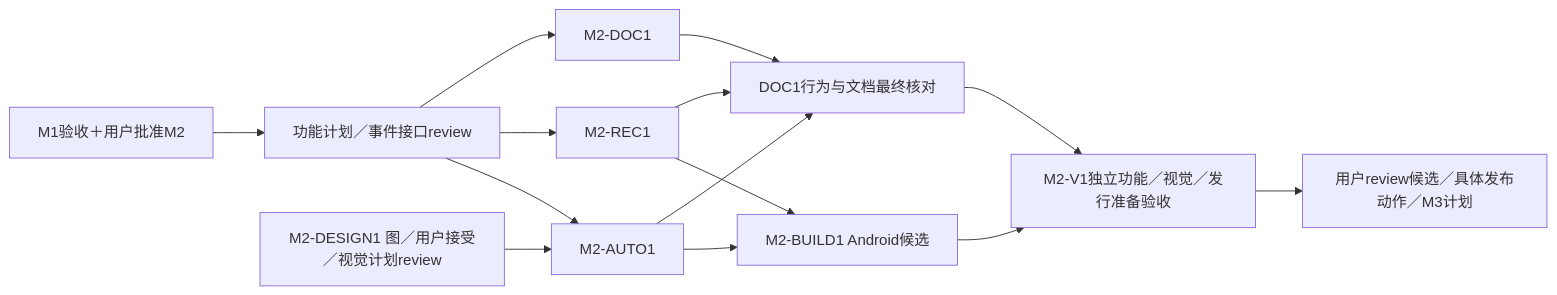
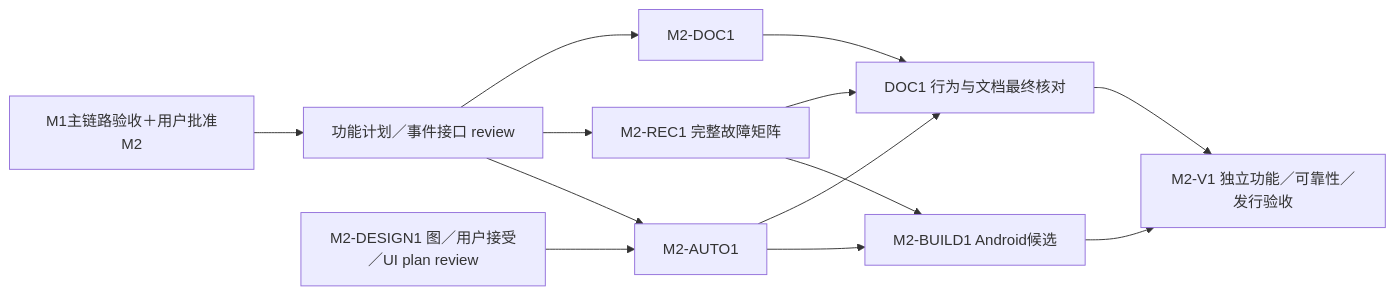
The diagram in docs/plans/m2.md (GhostFlying/ferry), drawn with Mermaid before and after one commit. The commit also changed other lines of this file and 6 other files, not shown here.

````diff
--- a/docs/plans/m2.md
+++ b/docs/plans/m2.md
@@ -22,16 +22,15 @@
 ```mermaid
 flowchart LR
-    U[M1验收＋用户批准M2] --> P[功能计划／事件接口review]
+    U[M1主链路验收＋用户批准M2] --> P[功能计划／事件接口 review]
     P --> A[M2-AUTO1]
-    P --> R[M2-REC1]
-    DS[M2-DESIGN1 图／用户接受／视觉计划review] --> A
+    P --> R[M2-REC1 完整故障矩阵]
+    DS[M2-DESIGN1 图／用户接受／UI plan review] --> A
     P --> D[M2-DOC1]
     A --> B[M2-BUILD1 Android候选]
     R --> B
-    A --> DF[DOC1行为与文档最终核对]
+    A --> DF[DOC1 行为与文档最终核对]
     D --> DF
     R --> DF
-    B --> V[M2-V1独立功能／视觉／发行准备验收]
+    B --> V[M2-V1 独立功能／可靠性／发行验收]
     DF --> V
-    V --> G[用户review候选／具体发布动作／M3计划]
 ```
````
